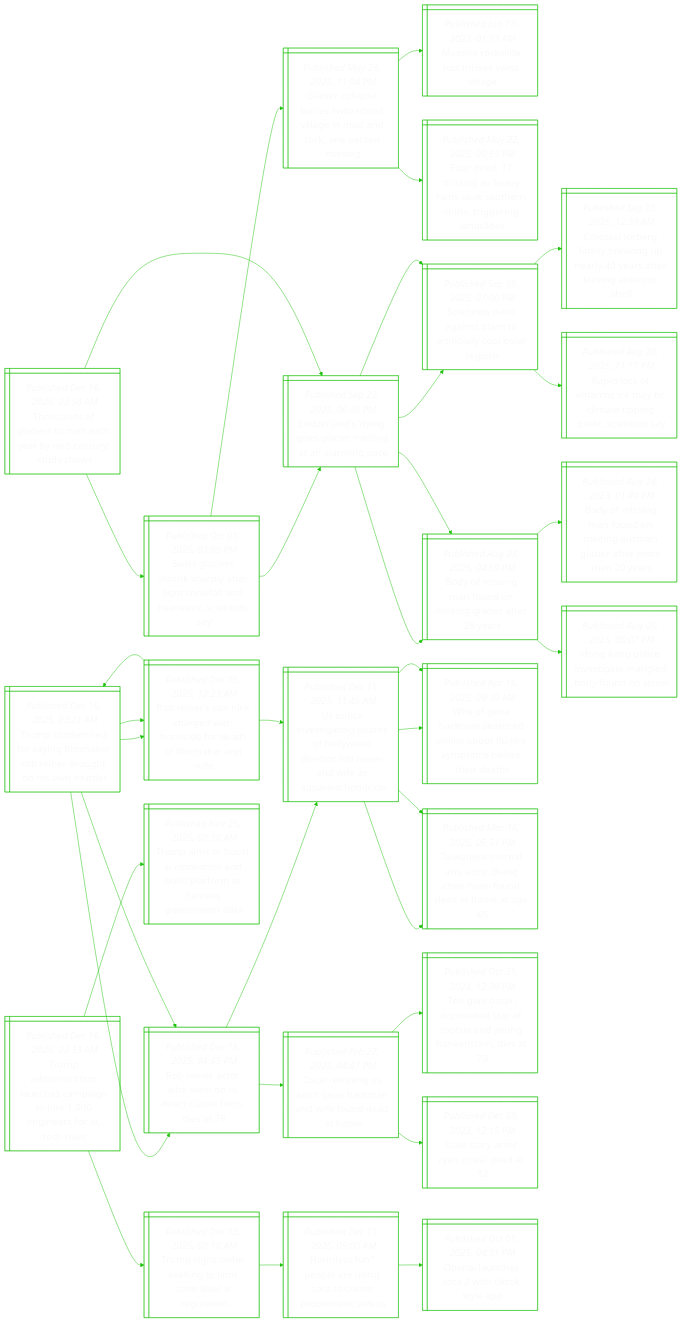
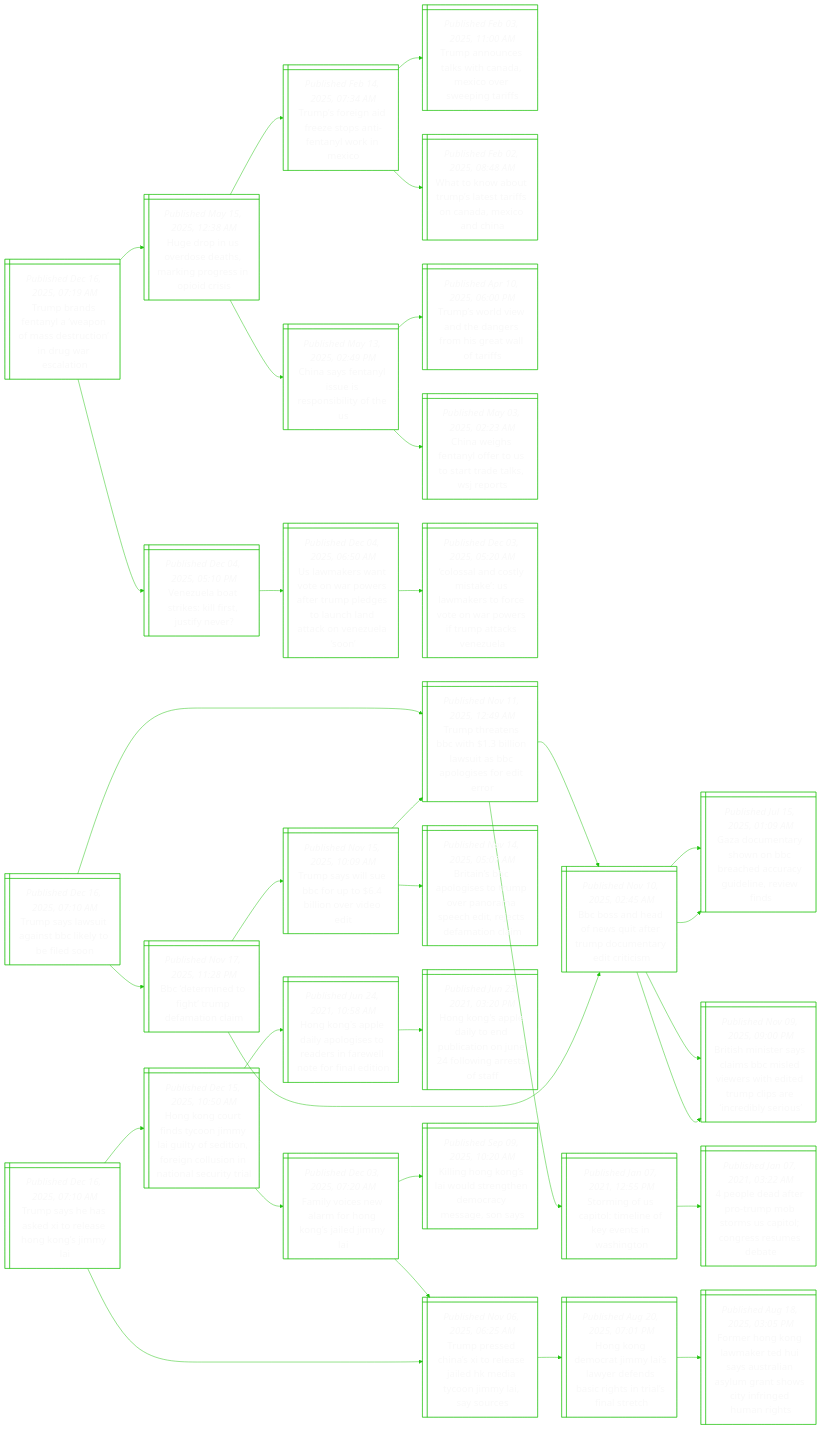
One commit to notJmes/notJmes changed the diagram in README.md. Above: the diagram before and after it, drawn with Mermaid. The commit also changed other lines of this file, not shown here.

````diff
--- a/README.md
+++ b/README.md
@@ -16,112 +16,112 @@
 flowchart LR
 classDef txtsize font-size:20px;
 
-Tafioeemnss@{ shape: win-pane, label: "_Published Dec 16, 2025, 03:54 AM_
-Thousands of glaciers to melt each year by mid-century, study shows" }
-Sgerhyrtfntsts@{ shape: win-pane, label: "_Published Oct 01, 2025, 03:09 PM_
-Swiss glaciers shrank sharply after light snowfall and heatwave, scientists say" }
-Gelbsznlnnkemn@{ shape: win-pane, label: "_Published May 28, 2025, 11:04 PM_
-Glacier collapse buries switzerland village in mud and rock, one person missing" }
-Mvkemssa@{ shape: win-pane, label: "_Published Jun 17, 2023, 01:13 AM_
-Massive rockslide just misses swiss village" }
-Fesavnkhhrrai@{ shape: win-pane, label: "_Published May 22, 2025, 05:55 PM_
-Four dead, 17 missing as heavy rains soak southern china, triggering landslides" }
-Sednecegaic@{ shape: win-pane, label: "_Published Sep 22, 2025, 06:46 PM_
-Switzerland’s ‘dying’ gries glacier melting at an alarming pace" }
-Stwgtsticoes@{ shape: win-pane, label: "_Published Sep 09, 2025, 07:00 PM_
-Scientists warn against plans to artificially cool polar regions" }
-Bfindlgeer@{ shape: win-pane, label: "_Published Aug 07, 2025, 04:59 PM_
-Body of missing man found on melting glacier after 28 years" }
-Sednecegaic@{ shape: win-pane, label: "_Published Sep 22, 2025, 06:46 PM_
-Switzerland’s ‘dying’ gries glacier melting at an alarming pace" }
-Stwgtsticoes@{ shape: win-pane, label: "_Published Sep 09, 2025, 07:00 PM_
-Scientists warn against plans to artificially cool polar regions" }
-CseflaurataAch@{ shape: win-pane, label: "_Published Sep 03, 2025, 12:59 AM_
-Colossal iceberg finally breaking up nearly 40 years after leaving antarctic shelf" }
-Rlfriyitnnet@{ shape: win-pane, label: "_Published Aug 20, 2025, 11:17 PM_
-Rapid loss of antarctic ice may be climate tipping point, scientists say" }
-Bfindlgeer@{ shape: win-pane, label: "_Published Aug 07, 2025, 04:59 PM_
-Body of missing man found on melting glacier after 28 years" }
-BfindlAiaamha@{ shape: win-pane, label: "_Published Aug 24, 2023, 01:40 PM_
-Body of missing man found on melting austrian glacier after more than 20 years" }
-Holnimeydr@{ shape: win-pane, label: "_Published Aug 05, 2025, 06:07 PM_
-Hong kong police investigate mangled body found on street" }
+Tbsawnstidaao@{ shape: win-pane, label: "_Published Dec 16, 2025, 07:19 AM_
+Trump brands fentanyl a ‘weapon of mass destruction’ in drug war escalation" }
+HrUrdsiosir@{ shape: win-pane, label: "_Published May 15, 2025, 12:38 AM_
+Huge drop in us overdose deaths, marking progress in opioid crisis" }
+TsidzpiaoMo@{ shape: win-pane, label: "_Published Feb 14, 2025, 07:34 AM_
+Trump’s foreign aid freeze stops anti-fentanyl work in mexico" }
+Tanaineowni@{ shape: win-pane, label: "_Published Feb 03, 2025, 11:00 AM_
+Trump announces talks with canada, mexico over sweeping tariffs" }
+WoaTssindida@{ shape: win-pane, label: "_Published Feb 02, 2025, 08:48 AM_
+What to know about trump’s latest tariffs on canada, mexico and china" }
+Cseyuesit@{ shape: win-pane, label: "_Published May 13, 2025, 02:49 PM_
+China says fentanyl issue is responsibility of the us" }
+Tsdaeeogwff@{ shape: win-pane, label: "_Published Apr 10, 2025, 06:00 PM_
+Trump’s world view and the dangers from his great wall of tariffs" }
+CwsafosttWp@{ shape: win-pane, label: "_Published May 03, 2025, 02:23 AM_
+China weighs fentanyl offer to us to start trade talks, wsj reports" }
+VuorKiuyr@{ shape: win-pane, label: "_Published Dec 04, 2025, 05:10 PM_
+Venezuela boat strikes: kill first, justify never?" }
+UmsvnoaTpealtoea@{ shape: win-pane, label: "_Published Dec 04, 2025, 06:50 AM_
+Us lawmakers want vote on war powers after trump pledges to launch land attack on venezuela ‘soon’" }
+CsdltSatcerrrtsz@{ shape: win-pane, label: "_Published Dec 03, 2025, 05:20 AM_
+‘colossal and costly mistake’: us lawmakers to force vote on war powers if trump attacks venezuela" }
 
-Tafioeemnss:::txtsize --> Sgerhyrtfntsts:::txtsize
-Sgerhyrtfntsts:::txtsize --> Gelbsznlnnkemn:::txtsize
-Gelbsznlnnkemn:::txtsize --> Mvkemssa:::txtsize
-Gelbsznlnnkemn:::txtsize --> Fesavnkhhrrai:::txtsize
-Sgerhyrtfntsts:::txtsize --> Sednecegaic:::txtsize
-Sednecegaic:::txtsize --> Stwgtsticoes:::txtsize
-Sednecegaic:::txtsize --> Bfindlgeer:::txtsize
-Tafioeemnss:::txtsize --> Sednecegaic:::txtsize
-Sednecegaic:::txtsize --> Stwgtsticoes:::txtsize
-Stwgtsticoes:::txtsize --> CseflaurataAch:::txtsize
-Stwgtsticoes:::txtsize --> Rlfriyitnnet:::txtsize
-Sednecegaic:::txtsize --> Bfindlgeer:::txtsize
-Bfindlgeer:::txtsize --> BfindlAiaamha:::txtsize
-Bfindlgeer:::txtsize --> Holnimeydr:::txtsize
+Tbsawnstidaao:::txtsize --> HrUrdsiosir:::txtsize
+HrUrdsiosir:::txtsize --> TsidzpiaoMo:::txtsize
+TsidzpiaoMo:::txtsize --> Tanaineowni:::txtsize
+TsidzpiaoMo:::txtsize --> WoaTssindida:::txtsize
+HrUrdsiosir:::txtsize --> Cseyuesit:::txtsize
+Cseyuesit:::txtsize --> Tsdaeeogwff:::txtsize
+Cseyuesit:::txtsize --> CwsafosttWp:::txtsize
+Tbsawnstidaao:::txtsize --> VuorKiuyr:::txtsize
+VuorKiuyr:::txtsize --> UmsvnoaTpealtoea:::txtsize
+UmsvnoaTpealtoea:::txtsize --> CsdltSatcerrrtsz:::txtsize
 
-TcmoileRrghne@{ shape: win-pane, label: "_Published Dec 16, 2025, 03:21 AM_
-Trump condemned for saying filmmaker rob reiner brought on his own murder" }
-Richtdtsle@{ shape: win-pane, label: "_Published Dec 15, 2025, 04:45 PM_
-Rob reiner, actor who went on to direct classic films, dies at 78" }
-Uivgghoorreafpni@{ shape: win-pane, label: "_Published Dec 15, 2025, 11:45 AM_
-Us police investigating deaths of hollywood director rob reiner and wife as apparent homicide" }
-WfHaroetimsrit@{ shape: win-pane, label: "_Published Apr 16, 2025, 09:39 AM_
-Wife of gene hackman searched online about flu-like symptoms before their deaths" }
-TnalaCCuuaoa@{ shape: win-pane, label: "_Published Mar 16, 2025, 05:51 PM_
-Taiwanese martial arts actor chang chen-huan found dead at home at age 65" }
-Owncecafndm@{ shape: win-pane, label: "_Published Feb 27, 2025, 04:47 PM_
-Oscar-winning us actor gene hackman and wife found dead at home" }
-Tacmeroauasdt@{ shape: win-pane, label: "_Published Oct 31, 2024, 12:30 PM_
-Teri garr, oscar-nominated star of tootsie and young frankenstein, dies at 79" }
-Ltcyea@{ shape: win-pane, label: "_Published Dec 09, 2023, 12:15 PM_
-Love story actor ryan o’neal dead at 82" }
-Riscrimeefmaf@{ shape: win-pane, label: "_Published Dec 16, 2025, 12:23 AM_
-Rob reiner’s son nick charged with homicide for death of filmmaker and wife" }
-Uivgghoorreafpni@{ shape: win-pane, label: "_Published Dec 15, 2025, 11:45 AM_
-Us police investigating deaths of hollywood director rob reiner and wife as apparent homicide" }
-WfHaroetimsrit@{ shape: win-pane, label: "_Published Apr 16, 2025, 09:39 AM_
-Wife of gene hackman searched online about flu-like symptoms before their deaths" }
-TnalaCCuuaoa@{ shape: win-pane, label: "_Published Mar 16, 2025, 05:51 PM_
-Taiwanese martial arts actor chang chen-huan found dead at home at age 65" }
-TcmoileRrghne@{ shape: win-pane, label: "_Published Dec 16, 2025, 03:21 AM_
-Trump condemned for saying filmmaker rob reiner brought on his own murder" }
-Richtdtsle@{ shape: win-pane, label: "_Published Dec 15, 2025, 04:45 PM_
-Rob reiner, actor who went on to direct classic films, dies at 78" }
-Riscrimeefmaf@{ shape: win-pane, label: "_Published Dec 16, 2025, 12:23 AM_
-Rob reiner’s son nick charged with homicide for death of filmmaker and wife" }
+TsatnCled@{ shape: win-pane, label: "_Published Dec 16, 2025, 07:10 AM_
+Trump says lawsuit against bbc likely to be filed soon" }
+TttBhiwaagfio@{ shape: win-pane, label: "_Published Nov 11, 2025, 12:49 AM_
+Trump threatens bbc with $1.3 billion lawsuit as bbc apologises for edit error" }
+Bshfqfroneri@{ shape: win-pane, label: "_Published Nov 10, 2025, 02:45 AM_
+Bbc boss and head of news quit after trump documentary edit criticism" }
+Gonsobhcyerws@{ shape: win-pane, label: "_Published Jul 15, 2025, 01:09 AM_
+Gaza documentary shown on bbc breached accuracy guideline, review finds" }
+BsislBsisedpsnies@{ shape: win-pane, label: "_Published Nov 09, 2025, 09:00 PM_
+British minister says claims bbc misled viewers with edited trump clips are ‘incredibly serious’" }
+SiUiinenWn@{ shape: win-pane, label: "_Published Jan 07, 2021, 12:55 PM_
+Storming of us capitol: timeline of key events in washington" }
+peapubmalrest@{ shape: win-pane, label: "_Published Jan 07, 2021, 03:22 AM_
+4 people dead after pro-trump mob storms us capitol; congress resumes debate" }
+BtnfTdac@{ shape: win-pane, label: "_Published Nov 17, 2025, 11:28 PM_
+Bbc ‘determined to fight’ trump defamation claim" }
+Tsieooieet@{ shape: win-pane, label: "_Published Nov 15, 2025, 10:09 AM_
+Trump says will sue bbc for up to $6.4 billion over video edit" }
+TttBhiwaagfio@{ shape: win-pane, label: "_Published Nov 11, 2025, 12:49 AM_
+Trump threatens bbc with $1.3 billion lawsuit as bbc apologises for edit error" }
+BiCosueoshrtaoi@{ shape: win-pane, label: "_Published Nov 14, 2025, 05:07 AM_
+Britain’s bbc apologises to trump over panorama speech edit, rejects defamation claim" }
+Bshfqfroneri@{ shape: win-pane, label: "_Published Nov 10, 2025, 02:45 AM_
+Bbc boss and head of news quit after trump documentary edit criticism" }
+Gonsobhcyerws@{ shape: win-pane, label: "_Published Jul 15, 2025, 01:09 AM_
+Gaza documentary shown on bbc breached accuracy guideline, review finds" }
+BsislBsisedpsnies@{ shape: win-pane, label: "_Published Nov 09, 2025, 09:00 PM_
+British minister says claims bbc misled viewers with edited trump clips are ‘incredibly serious’" }
 
-TcmoileRrghne:::txtsize --> Richtdtsle:::txtsize
-Richtdtsle:::txtsize --> Uivgghoorreafpni:::txtsize
-Uivgghoorreafpni:::txtsize --> WfHaroetimsrit:::txtsize
-Uivgghoorreafpni:::txtsize --> TnalaCCuuaoa:::txtsize
-Richtdtsle:::txtsize --> Owncecafndm:::txtsize
-Owncecafndm:::txtsize --> Tacmeroauasdt:::txtsize
-Owncecafndm:::txtsize --> Ltcyea:::txtsize
-TcmoileRrghne:::txtsize --> Riscrimeefmaf:::txtsize
-Riscrimeefmaf:::txtsize --> Uivgghoorreafpni:::txtsize
-Uivgghoorreafpni:::txtsize --> WfHaroetimsrit:::txtsize
-Uivgghoorreafpni:::txtsize --> TnalaCCuuaoa:::txtsize
-Riscrimeefmaf:::txtsize --> TcmoileRrghne:::txtsize
-TcmoileRrghne:::txtsize --> Richtdtsle:::txtsize
-TcmoileRrghne:::txtsize --> Riscrimeefmaf:::txtsize
+TsatnCled:::txtsize --> TttBhiwaagfio:::txtsize
+TttBhiwaagfio:::txtsize --> Bshfqfroneri:::txtsize
+Bshfqfroneri:::txtsize --> Gonsobhcyerws:::txtsize
+Bshfqfroneri:::txtsize --> BsislBsisedpsnies:::txtsize
+TttBhiwaagfio:::txtsize --> SiUiinenWn:::txtsize
+SiUiinenWn:::txtsize --> peapubmalrest:::txtsize
+TsatnCled:::txtsize --> BtnfTdac:::txtsize
+BtnfTdac:::txtsize --> Tsieooieet:::txtsize
+Tsieooieet:::txtsize --> TttBhiwaagfio:::txtsize
+Tsieooieet:::txtsize --> BiCosueoshrtaoi:::txtsize
+BtnfTdac:::txtsize --> Bshfqfroneri:::txtsize
+Bshfqfroneri:::txtsize --> Gonsobhcyerws:::txtsize
+Bshfqfroneri:::txtsize --> BsislBsisedpsnies:::txtsize
 
-Taitaeptenfto@{ shape: win-pane, label: "_Published Dec 16, 2025, 03:13 AM_
-Trump administration launches campaign to hire 1,000 engineers for ai, tech roles" }
-Taotniddfoevet@{ shape: win-pane, label: "_Published Nov 25, 2025, 08:30 AM_
-Trump aims to boost ai innovation and build platform to harness government data" }
-TsosniteIln@{ shape: win-pane, label: "_Published Dec 12, 2025, 08:10 AM_
-Trump signs order seeking to limit state-level ai regulation" }
-HenluSotbtd@{ shape: win-pane, label: "_Published Dec 11, 2025, 05:00 AM_
-Harmless fun? people are using sora to create problematic videos" }
-OIcotTyp@{ shape: win-pane, label: "_Published Oct 01, 2025, 04:31 PM_
-Openai launches sora 2 with tiktok-style app" }
+TsesilHoia@{ shape: win-pane, label: "_Published Dec 16, 2025, 07:10 AM_
+Trump says he has asked xi to release hong kong’s jimmy lai" }
+Houncialsircsnoeta@{ shape: win-pane, label: "_Published Dec 15, 2025, 10:50 AM_
+Hong kong court finds tycoon jimmy lai guilty of sedition, foreign collusion in national security trial" }
+Hopapioefetfeo@{ shape: win-pane, label: "_Published Jun 24, 2021, 10:58 AM_
+Hong kong's apple daily apologises to readers in farewell note for final edition" }
+Hopaouaoeoatt@{ shape: win-pane, label: "_Published Jun 23, 2021, 03:20 PM_
+Hong kong's apple daily to end publication on june 24 following arrests of staff" }
+Fyeafnglmi@{ shape: win-pane, label: "_Published Dec 03, 2025, 07:20 AM_
+Family voices new alarm for hong kong’s jailed jimmy lai" }
+TpenteaHiomios@{ shape: win-pane, label: "_Published Nov 06, 2025, 06:25 AM_
+Trump pressed china’s xi to release jailed hk media tycoon jimmy lai, say sources" }
+Kngsotteassy@{ shape: win-pane, label: "_Published Sep 09, 2025, 10:20 AM_
+Killing hong kong’s lai would strengthen democracy message, son says" }
+TpenteaHiomios@{ shape: win-pane, label: "_Published Nov 06, 2025, 06:25 AM_
+Trump pressed china’s xi to release jailed hk media tycoon jimmy lai, say sources" }
+Homtylrnsgnlae@{ shape: win-pane, label: "_Published Aug 20, 2025, 07:01 PM_
+Hong kong democrat jimmy lai’s lawyer defends basic rights in trial’s final stretch" }
+FrKaeHytalaotrdnt@{ shape: win-pane, label: "_Published Aug 18, 2025, 03:05 PM_
+Former hong kong lawmaker ted hui says australian asylum grant shows city infringed human rights" }
 
-Taitaeptenfto:::txtsize --> Taotniddfoevet:::txtsize
-Taitaeptenfto:::txtsize --> TsosniteIln:::txtsize
-TsosniteIln:::txtsize --> HenluSotbtd:::txtsize
-HenluSotbtd:::txtsize --> OIcotTyp:::txtsize
+TsesilHoia:::txtsize --> Houncialsircsnoeta:::txtsize
+Houncialsircsnoeta:::txtsize --> Hopapioefetfeo:::txtsize
+Hopapioefetfeo:::txtsize --> Hopaouaoeoatt:::txtsize
+Houncialsircsnoeta:::txtsize --> Fyeafnglmi:::txtsize
+Fyeafnglmi:::txtsize --> TpenteaHiomios:::txtsize
+Fyeafnglmi:::txtsize --> Kngsotteassy:::txtsize
+TsesilHoia:::txtsize --> TpenteaHiomios:::txtsize
+TpenteaHiomios:::txtsize --> Homtylrnsgnlae:::txtsize
+Homtylrnsgnlae:::txtsize --> FrKaeHytalaotrdnt:::txtsize
 
 ```
````
